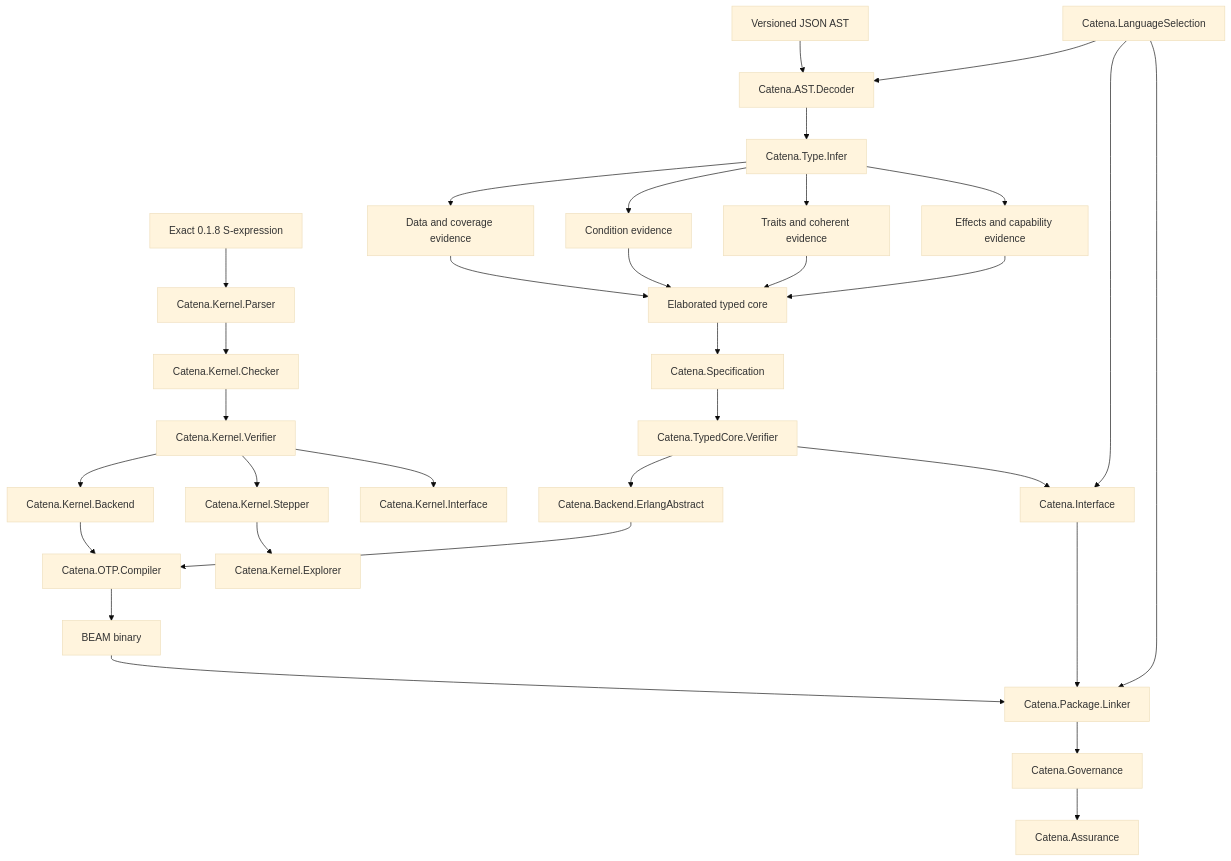
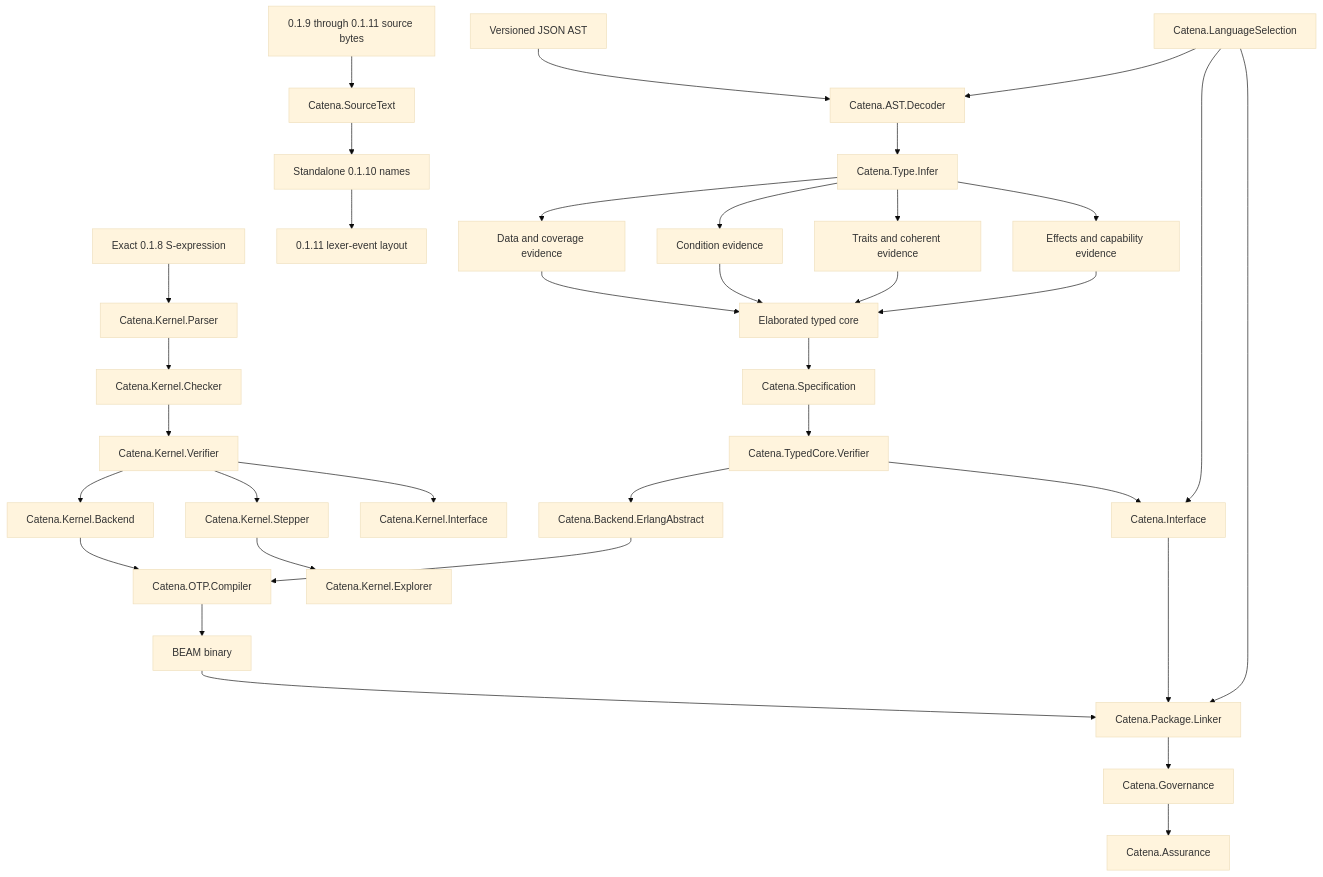
The diagram in guides/development/compiler-architecture.md (pcharbon70/catena), drawn with Mermaid (base theme) before and after one commit. The commit also changed other lines of this file and 25 other files, not shown here.

````diff
--- a/guides/development/compiler-architecture.md
+++ b/guides/development/compiler-architecture.md
@@ -46,35 +46,38 @@
 ```mermaid
 flowchart TD
     JSON[Versioned JSON AST] --> Decoder[Catena.AST.Decoder]
     Kernel[Exact 0.1.8 S-expression] --> KParser[Catena.Kernel.Parser]
+    Source[0.1.9 through 0.1.11 source bytes] --> SourceText[Catena.SourceText]
+    SourceText --> Names[Standalone 0.1.10 names]
+    Names --> Layout[0.1.11 lexer-event layout]
     Selection[Catena.LanguageSelection] --> Decoder
     Decoder --> Infer[Catena.Type.Infer]
     Infer --> Data[Data and coverage evidence]
     Infer --> Cond[Condition evidence]
     Infer --> Cat[Traits and coherent evidence]
     Infer --> FX[Effects and capability evidence]
     Data --> Core[Elaborated typed core]
     Cond --> Core
     Cat --> Core
     FX --> Core
     Core --> Spec[Catena.Specification]
     Spec --> Verify[Catena.TypedCore.Verifier]
     Verify --> Backend[Catena.Backend.ErlangAbstract]
     Backend --> OTP[Catena.OTP.Compiler]
     OTP --> Beam[BEAM binary]
     Verify --> Interface[Catena.Interface]
     KParser --> KCheck[Catena.Kernel.Checker]
     KCheck --> KVerify[Catena.Kernel.Verifier]
     KVerify --> KBackend[Catena.Kernel.Backend]
     KVerify --> Stepper[Catena.Kernel.Stepper]
     Stepper --> Explorer[Catena.Kernel.Explorer]
     KBackend --> OTP
     KVerify --> KInterface[Catena.Kernel.Interface]
 
     Beam --> Linker[Catena.Package.Linker]
     Interface --> Linker
     Selection --> Interface
     Selection --> Linker
     Linker --> Governance[Catena.Governance]
     Governance --> Assurance[Catena.Assurance]
 ```
````
